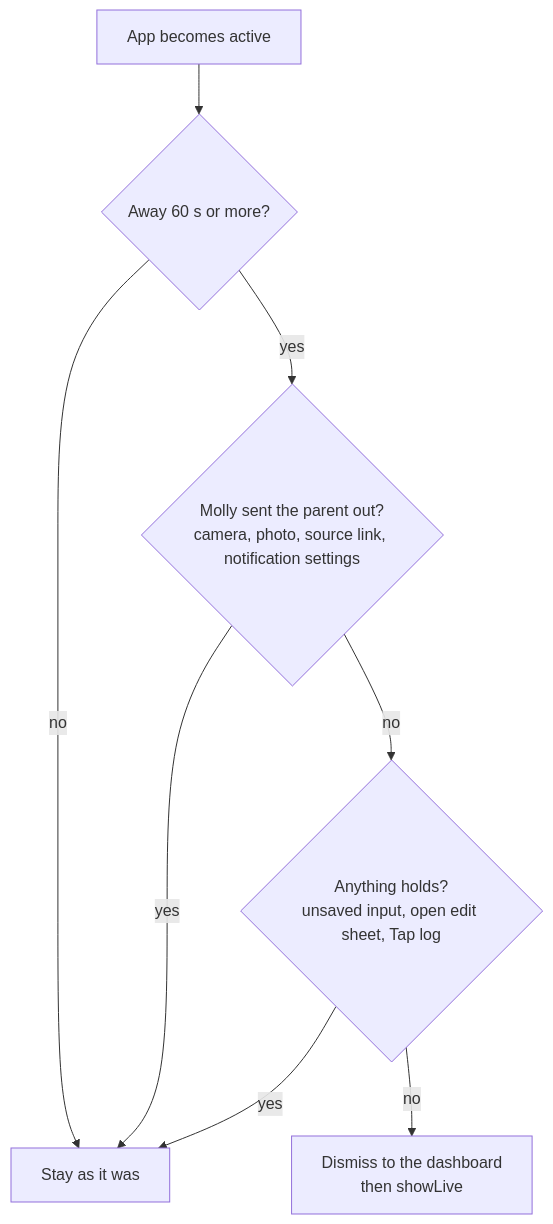
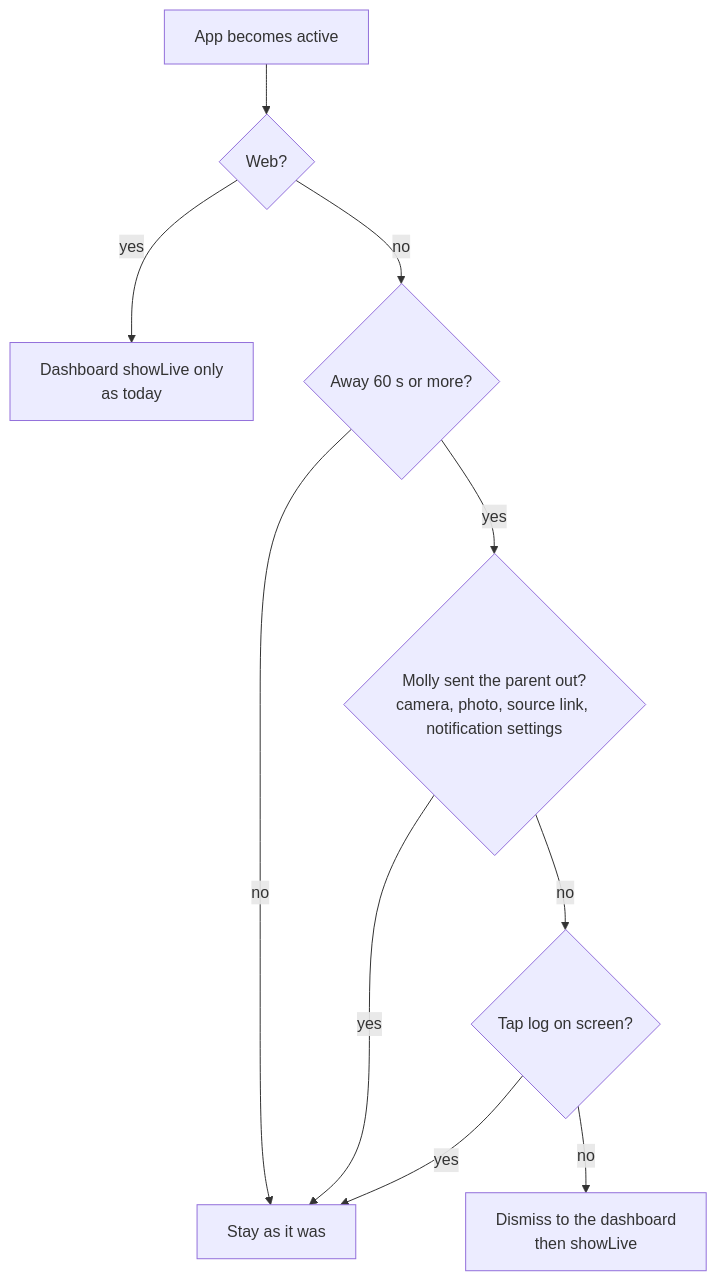
Before and after one commit to alfredskeden/molly: the first of 2 diagrams in plans/implan-live-on-return/MENTAL_MODEL.md, drawn with Mermaid. The commit also changed other lines of this file and 1 other file, not shown here.

````diff
--- a/plans/implan-live-on-return/MENTAL_MODEL.md
+++ b/plans/implan-live-on-return/MENTAL_MODEL.md
@@ -19,10 +19,12 @@
 ```mermaid
 flowchart TD
-  R[App becomes active] --> A{Away 60 s or more?}
+  R[App becomes active] --> W{Web?}
+  W -- yes --> SL[Dashboard showLive only<br/>as today]
+  W -- no --> A{Away 60 s or more?}
   A -- no --> S[Stay as it was]
   A -- yes --> T{Molly sent the parent out?<br/>camera, photo, source link, notification settings}
   T -- yes --> S
-  T -- no --> H{Anything holds?<br/>unsaved input, open edit sheet, Tap log}
+  T -- no --> H{Tap log on screen?}
   H -- yes --> S
   H -- no --> L[Dismiss to the dashboard<br/>then showLive]
 ```
````
